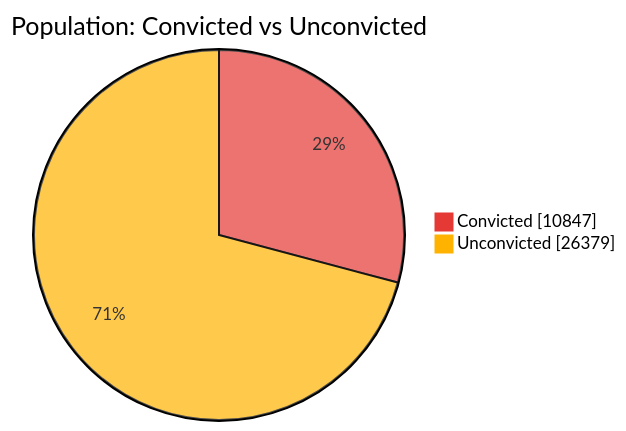
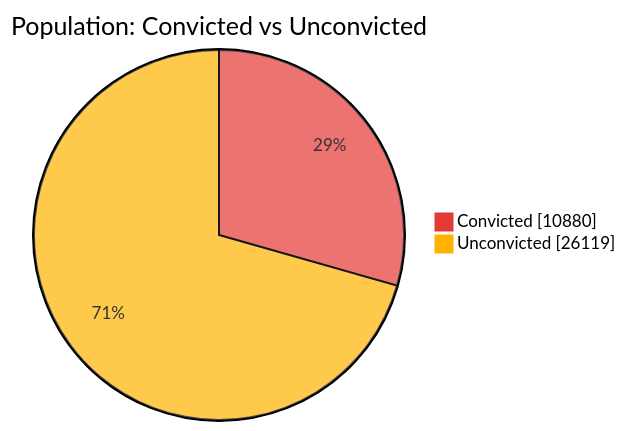
One commit to nuuuwan/lk_prisons changed the first of 7 diagrams in README.md. Above: the diagram before and after it, drawn with Mermaid. The commit also changed other lines of this file and 1 other file, not shown here.

````diff
--- a/README.md
+++ b/README.md
@@ -43,6 +43,6 @@
 ```mermaid
 %%{init: {'themeVariables': {'pie1': '#E53935', 'pie2': '#FFB300'}}}%%
 pie showData title Population: Convicted vs Unconvicted
-    "Convicted" : 10847
-    "Unconvicted" : 26379
+    "Convicted" : 10880
+    "Unconvicted" : 26119
 ```
````
